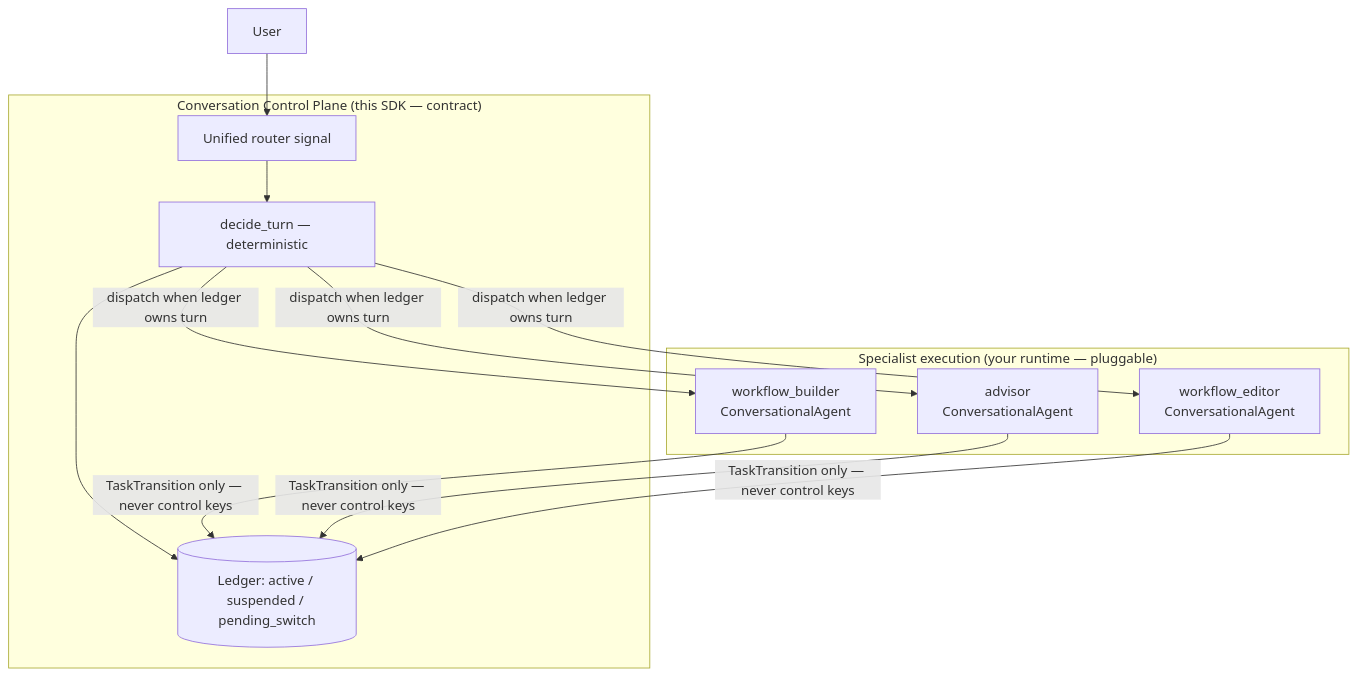
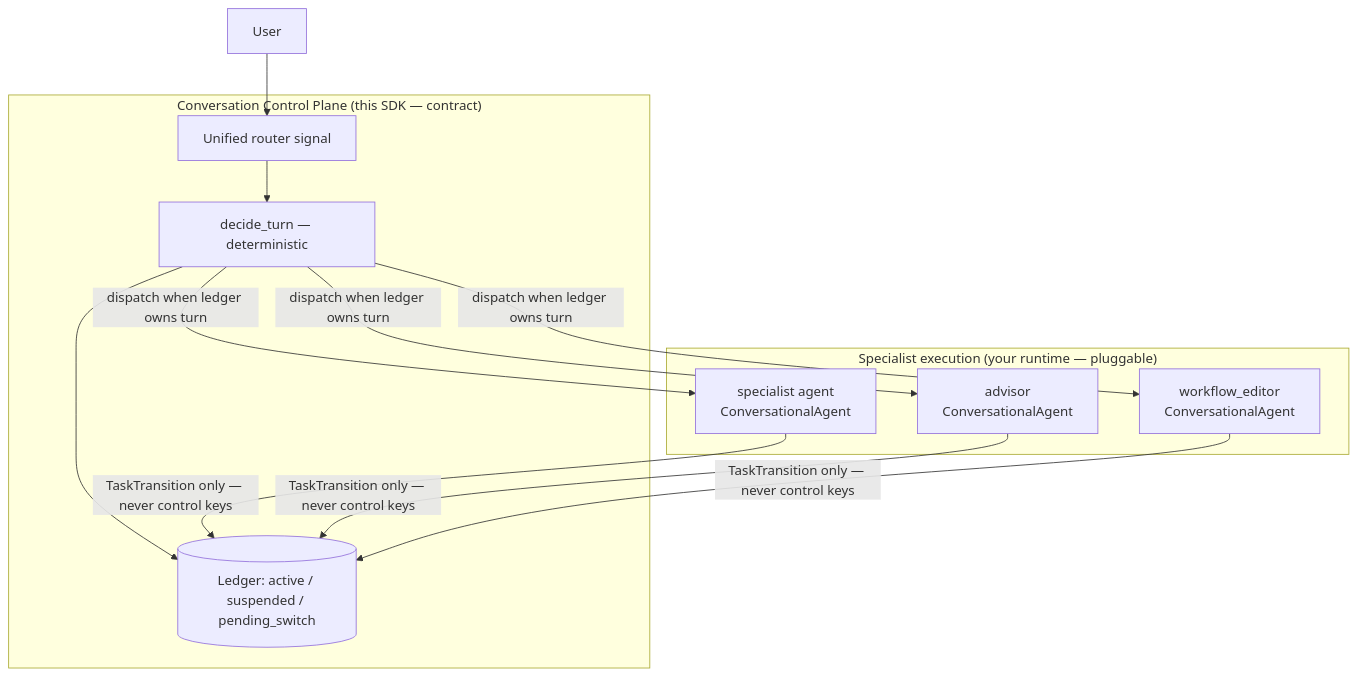
One commit to walidnegm/conversation-control-plane changed the ninth of 9 diagrams in docs/conversation-control-plane-sdk.md. Above: the diagram before and after it, drawn with Mermaid. The commit also changed other lines of this file and 6 other files, not shown here.

````diff
--- a/docs/conversation-control-plane-sdk.md
+++ b/docs/conversation-control-plane-sdk.md
@@ -2498,21 +2502,21 @@
 ```mermaid
 flowchart TB
  subgraph control["Conversation Control Plane (this SDK — contract)"]
  R[Unified router signal]
  D[decide_turn — deterministic]
  L[(Ledger: active / suspended / pending_switch)]
  end
  subgraph exec["Specialist execution (your runtime — pluggable)"]
- WB["workflow_builder\nConversationalAgent"]
+ WB["specialist agent\nConversationalAgent"]
  AD["advisor\nConversationalAgent"]
  ED["workflow_editor\nConversationalAgent"]
  end
  User --> R --> D
  D --> L
  D -->|dispatch when ledger owns turn| WB
  D -->|dispatch when ledger owns turn| AD
  D -->|dispatch when ledger owns turn| ED
  WB -->|TaskTransition only — never control keys| L
  AD -->|TaskTransition only — never control keys| L
  ED -->|TaskTransition only — never control keys| L
 ```
````
